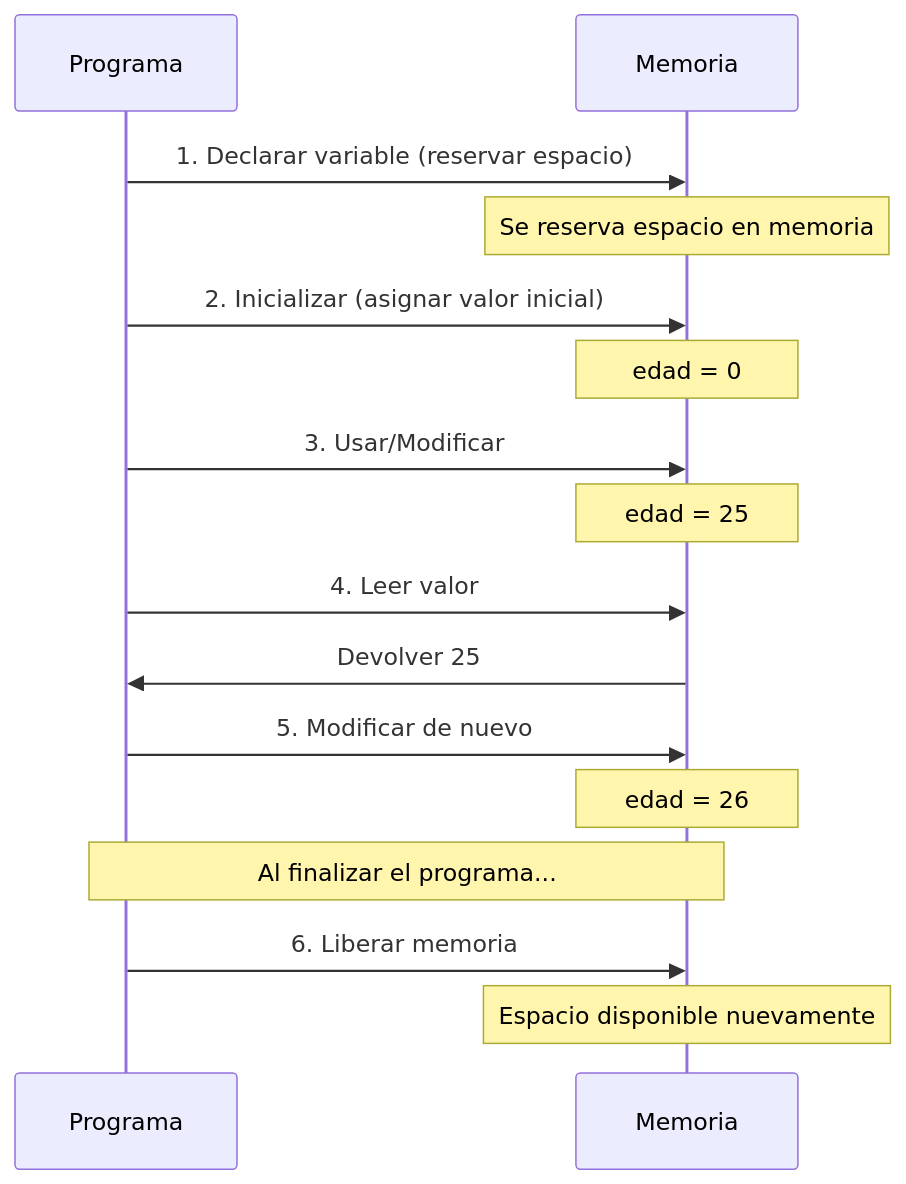
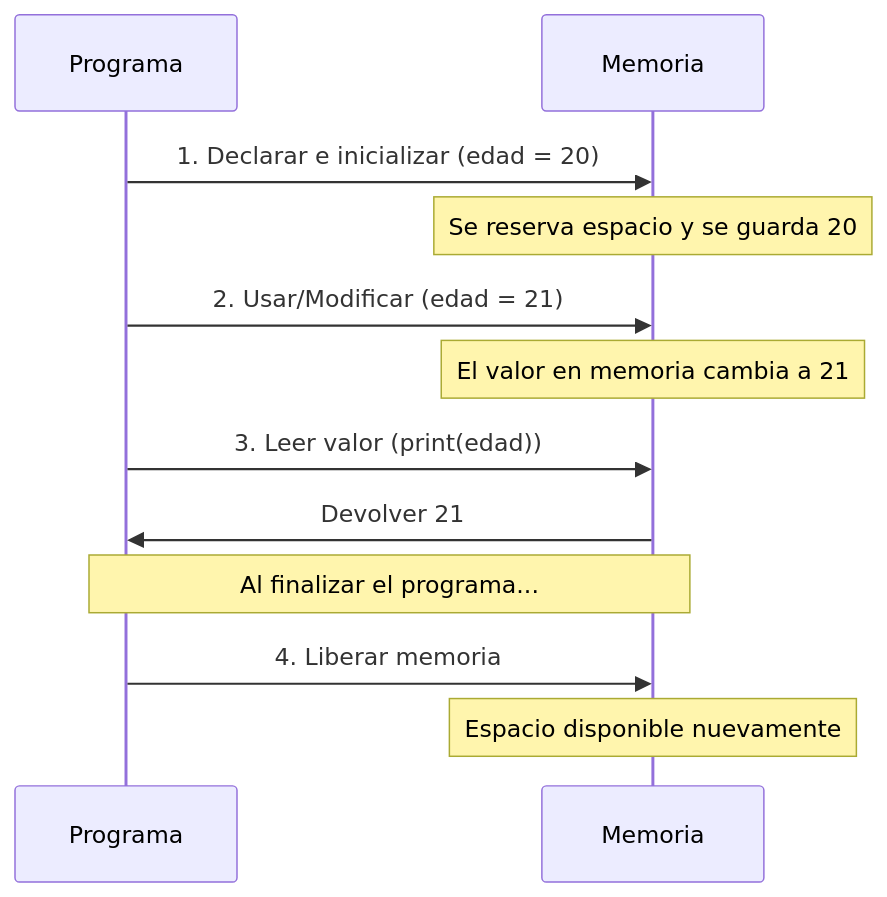
One commit to INGCOM-UNRN-P1/INGCOM-UNRN-P1.github.io changed diagram 13 of 16 in apunte/1_base.md. Above: the diagram before and after it, drawn with Mermaid. The commit also changed other lines of this file, not shown here.

````diff
--- a/apunte/1_base.md
+++ b/apunte/1_base.md
@@ -875,24 +908,18 @@
 ```{mermaid}
 sequenceDiagram
     participant P as Programa
     participant M as Memoria
     
-    P->>M: 1. Declarar variable (reservar espacio)
-    Note over M: Se reserva espacio en memoria
+    P->>M: 1. Declarar e inicializar (edad = 20)
+    Note over M: Se reserva espacio y se guarda 20
     
-    P->>M: 2. Inicializar (asignar valor inicial)
-    Note over M: edad = 0
+    P->>M: 2. Usar/Modificar (edad = 21)
+    Note over M: El valor en memoria cambia a 21
     
-    P->>M: 3. Usar/Modificar
-    Note over M: edad = 25
-    
-    P->>M: 4. Leer valor
-    M->>P: Devolver 25
-    
-    P->>M: 5. Modificar de nuevo
-    Note over M: edad = 26
+    P->>M: 3. Leer valor (print(edad))
+    M->>P: Devolver 21
     
     Note over P,M: Al finalizar el programa...
-    P->>M: 6. Liberar memoria
+    P->>M: 4. Liberar memoria
     Note over M: Espacio disponible nuevamente
 ```
````
